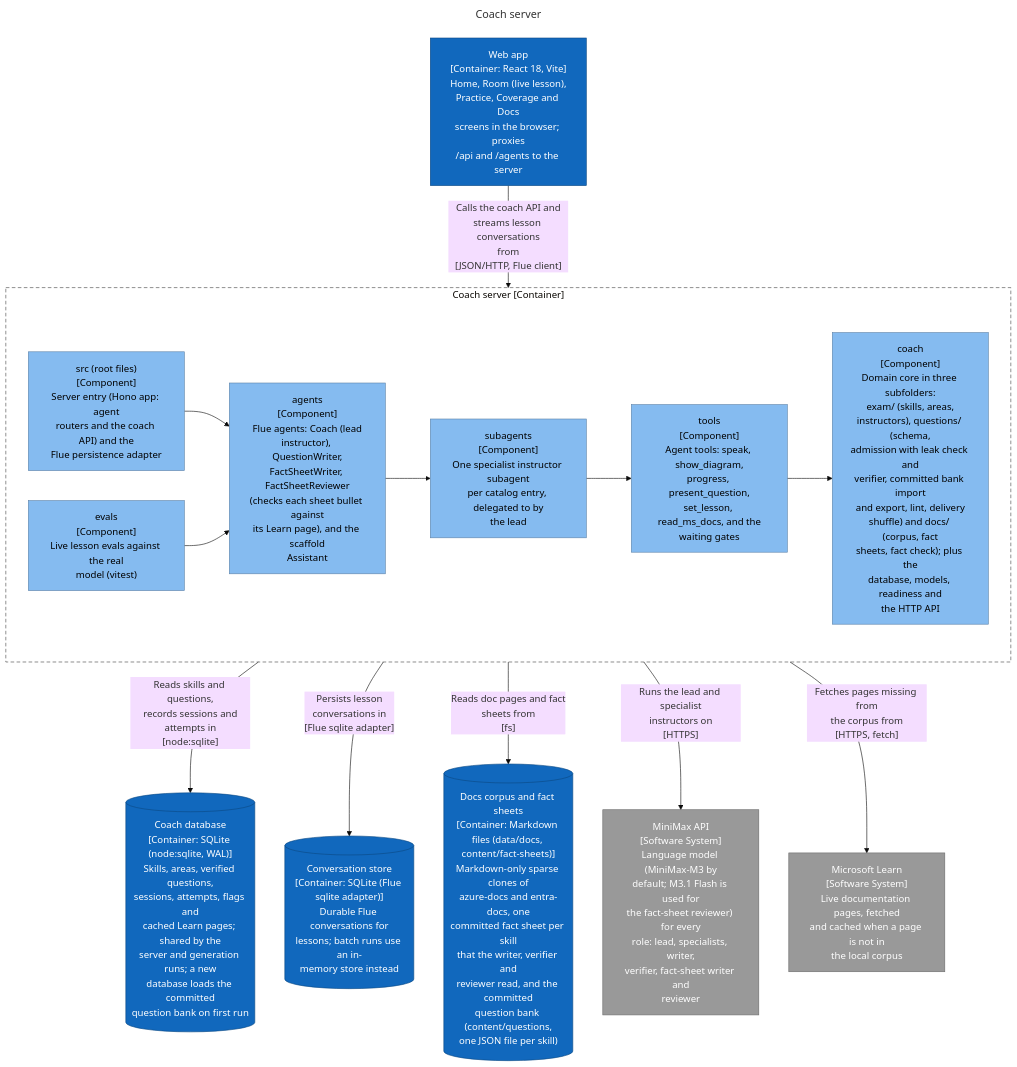
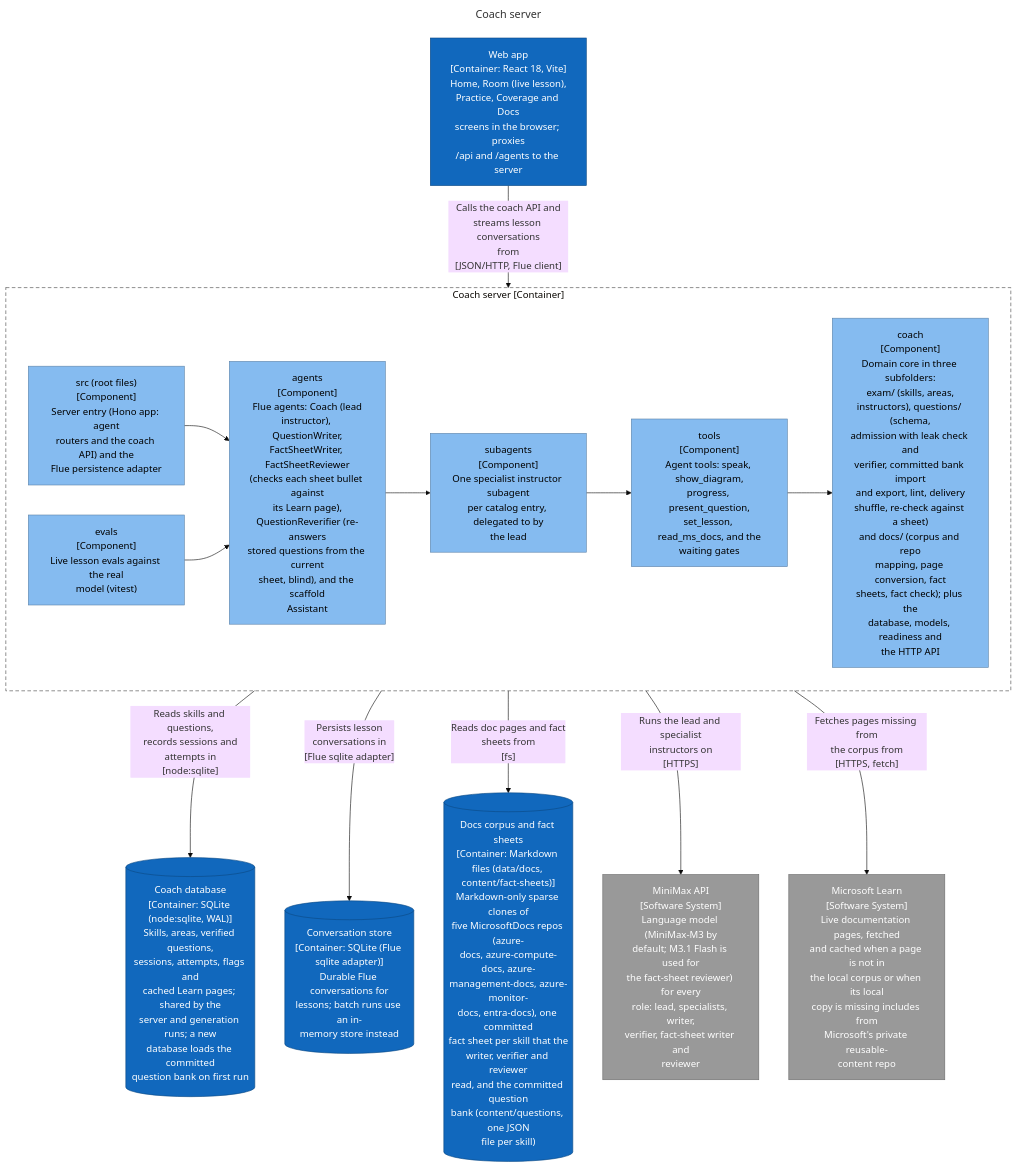
Before and after one commit to ythalorossy/study-coach: the diagram in architecture-docs/study-coach/c4-component-study-coach.mmd, drawn with Mermaid (base theme). The commit also changed 12 other files, not shown here.

Commit message:
docs: refresh the architecture report for the re-checker, the extra docs repos and the page-reading rules

```diff
--- a/architecture-docs/study-coach/c4-component-study-coach.mmd
+++ b/architecture-docs/study-coach/c4-component-study-coach.mmd
@@ -1,39 +1,39 @@
 ---
 title: "Coach server"
 ---
 flowchart TB
     subgraph boundary["Coach server [Container]"]
         src__files["src (root files)<br/>[Component]<br/>Server entry (Hono app: agent<br/>routers and the coach API) and the<br/>Flue persistence adapter"]
-        src_agents["agents<br/>[Component]<br/>Flue agents: Coach (lead<br/>instructor), QuestionWriter,<br/>FactSheetWriter, FactSheetReviewer<br/>(checks each sheet bullet against<br/>its Learn page), and the scaffold<br/>Assistant"]
-        src_coach["coach<br/>[Component]<br/>Domain core in three subfolders:<br/>exam/ (skills, areas,<br/>instructors), questions/ (schema,<br/>admission with leak check and<br/>verifier, committed bank import<br/>and export, lint, delivery<br/>shuffle) and docs/ (corpus, fact<br/>sheets, fact check); plus the<br/>database, models, readiness and<br/>the HTTP API"]
+        src_agents["agents<br/>[Component]<br/>Flue agents: Coach (lead<br/>instructor), QuestionWriter,<br/>FactSheetWriter, FactSheetReviewer<br/>(checks each sheet bullet against<br/>its Learn page),<br/>QuestionReverifier (re-answers<br/>stored questions from the current<br/>sheet, blind), and the scaffold<br/>Assistant"]
+        src_coach["coach<br/>[Component]<br/>Domain core in three subfolders:<br/>exam/ (skills, areas,<br/>instructors), questions/ (schema,<br/>admission with leak check and<br/>verifier, committed bank import<br/>and export, lint, delivery<br/>shuffle, re-check against a sheet)<br/>and docs/ (corpus and repo<br/>mapping, page conversion, fact<br/>sheets, fact check); plus the<br/>database, models, readiness and<br/>the HTTP API"]
         src_evals["evals<br/>[Component]<br/>Live lesson evals against the real<br/>model (vitest)"]
         src_subagents["subagents<br/>[Component]<br/>One specialist instructor subagent<br/>per catalog entry, delegated to by<br/>the lead"]
         src_tools["tools<br/>[Component]<br/>Agent tools: speak, show_diagram,<br/>progress, present_question,<br/>set_lesson, read_ms_docs, and the<br/>waiting gates"]
     end
     src__files --> src_agents
     src_agents --> src_subagents
     src_evals --> src_agents
     src_subagents --> src_tools
     src_tools --> src_coach
     coach_web["Web app<br/>[Container: React 18, Vite]<br/>Home, Room (live lesson),<br/>Practice, Coverage and Docs<br/>screens in the browser; proxies<br/>/api and /agents to the server"]
     coach_web -->|"Calls the coach API and<br/>streams lesson conversations<br/>from<br/>[JSON/HTTP, Flue client]"| boundary
     coach_db[("Coach database<br/>[Container: SQLite (node:sqlite, WAL)]<br/>Skills, areas, verified questions,<br/>sessions, attempts, flags and<br/>cached Learn pages; shared by the<br/>server and generation runs; a new<br/>database loads the committed<br/>question bank on first run")]
     boundary -->|"Reads skills and questions,<br/>records sessions and<br/>attempts in<br/>[node:sqlite]"| coach_db
     flue_db[("Conversation store<br/>[Container: SQLite (Flue sqlite adapter)]<br/>Durable Flue conversations for<br/>lessons; batch runs use an in-<br/>memory store instead")]
     boundary -->|"Persists lesson<br/>conversations in<br/>[Flue sqlite adapter]"| flue_db
-    docs_corpus[("Docs corpus and fact sheets<br/>[Container: Markdown files (data/docs, content/fact-sheets)]<br/>Markdown-only sparse clones of<br/>azure-docs and entra-docs, one<br/>committed fact sheet per skill<br/>that the writer, verifier and<br/>reviewer read, and the committed<br/>question bank (content/questions,<br/>one JSON file per skill)")]
+    docs_corpus[("Docs corpus and fact sheets<br/>[Container: Markdown files (data/docs, content/fact-sheets)]<br/>Markdown-only sparse clones of<br/>five MicrosoftDocs repos (azure-<br/>docs, azure-compute-docs, azure-<br/>management-docs, azure-monitor-<br/>docs, entra-docs), one committed<br/>fact sheet per skill that the<br/>writer, verifier and reviewer<br/>read, and the committed question<br/>bank (content/questions, one JSON<br/>file per skill)")]
     boundary -->|"Reads doc pages and fact<br/>sheets from<br/>[fs]"| docs_corpus
     ext_minimax["MiniMax API<br/>[Software System]<br/>Language model (MiniMax-M3 by<br/>default; M3.1 Flash is used for<br/>the fact-sheet reviewer) for every<br/>role: lead, specialists, writer,<br/>verifier, fact-sheet writer and<br/>reviewer"]
     boundary -->|"Runs the lead and specialist<br/>instructors on<br/>[HTTPS]"| ext_minimax
-    ext_learn["Microsoft Learn<br/>[Software System]<br/>Live documentation pages, fetched<br/>and cached when a page is not in<br/>the local corpus"]
+    ext_learn["Microsoft Learn<br/>[Software System]<br/>Live documentation pages, fetched<br/>and cached when a page is not in<br/>the local corpus or when its local<br/>copy is missing includes from<br/>Microsoft's private reusable-<br/>content repo"]
     boundary -->|"Fetches pages missing from<br/>the corpus from<br/>[HTTPS, fetch]"| ext_learn
     classDef person fill:#08427b,stroke:#052e56,color:#ffffff
     classDef container fill:#1168bd,stroke:#0b4884,color:#ffffff
     classDef system fill:#1168bd,stroke:#0b4884,color:#ffffff
     classDef component fill:#85bbf0,stroke:#5d82a8,color:#000000
     classDef external fill:#999999,stroke:#6b6b6b,color:#ffffff
     classDef shared fill:#dbe9f6,stroke:#5d82a8,color:#000000,stroke-dasharray:4 3
     class src__files,src_agents,src_coach,src_evals,src_subagents,src_tools component
     class coach_web,coach_db,flue_db,docs_corpus container
     class ext_minimax,ext_learn external
     style boundary fill:none,stroke:#444444,stroke-dasharray:6 4
```
